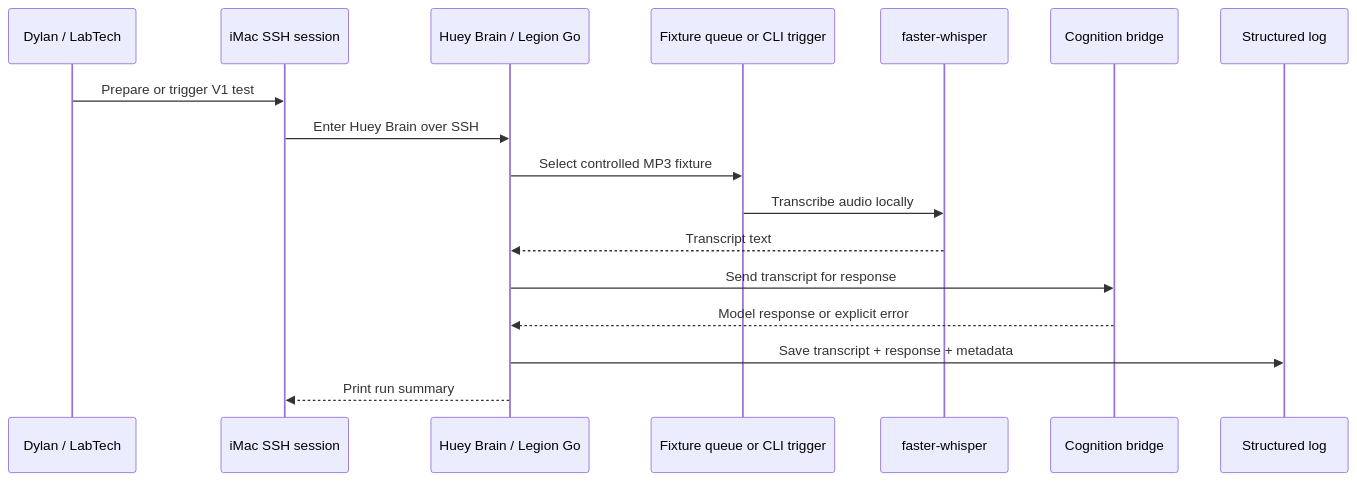
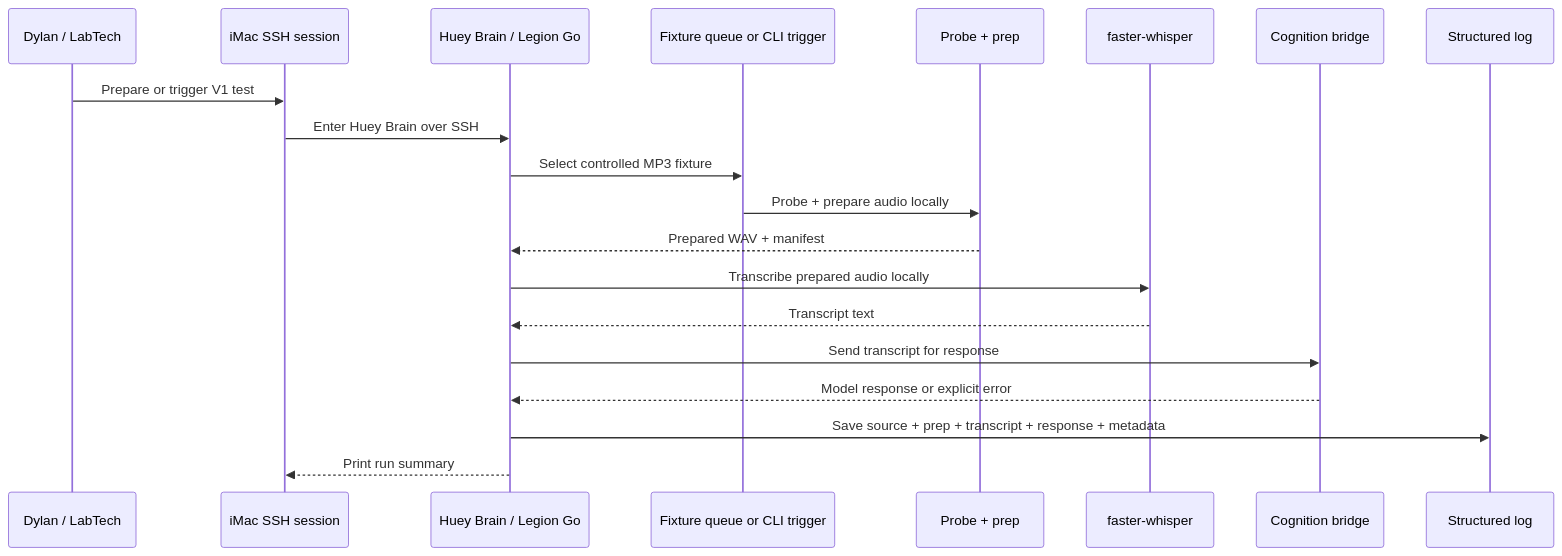
One commit to DylanLRPollock/Monkey-Head-Project changed the second of 5 diagrams in README.md. Above: the diagram before and after it, drawn with Mermaid. The commit also changed other lines of this file and 11 other files, not shown here.

````diff
--- a/README.md
+++ b/README.md
@@ -341,20 +361,23 @@
 ```mermaid
 sequenceDiagram
     participant D as Dylan / LabTech
     participant I as iMac SSH session
     participant B as Huey Brain / Legion Go
     participant Q as Fixture queue or CLI trigger
+    participant P as Probe + prep
     participant W as faster-whisper
     participant C as Cognition bridge
     participant L as Structured log
 
     D->>I: Prepare or trigger V1 test
     I->>B: Enter Huey Brain over SSH
     B->>Q: Select controlled MP3 fixture
-    Q->>W: Transcribe audio locally
+    Q->>P: Probe + prepare audio locally
+    P-->>B: Prepared WAV + manifest
+    B->>W: Transcribe prepared audio locally
     W-->>B: Transcript text
     B->>C: Send transcript for response
     C-->>B: Model response or explicit error
-    B->>L: Save transcript + response + metadata
+    B->>L: Save source + prep + transcript + response + metadata
     B-->>I: Print run summary
 ```
````
